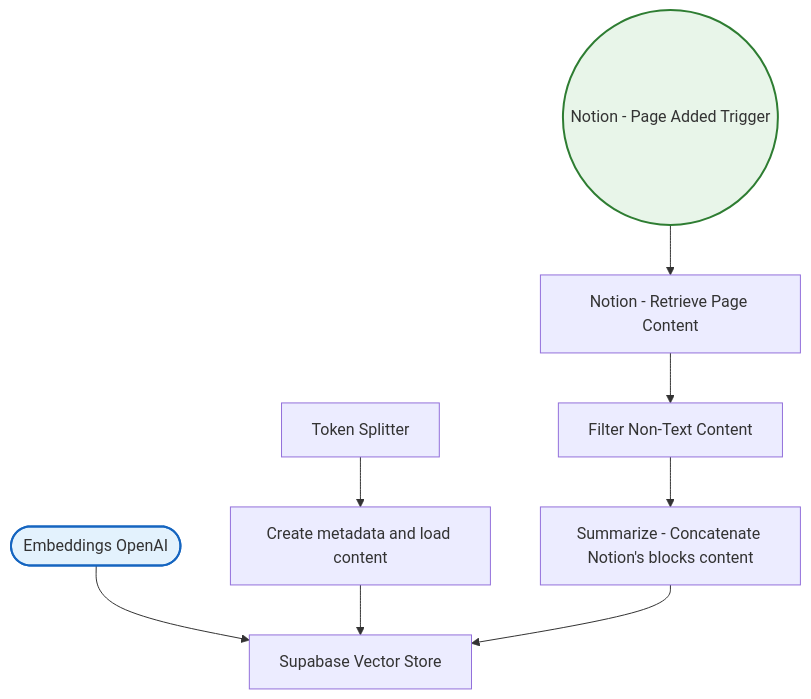
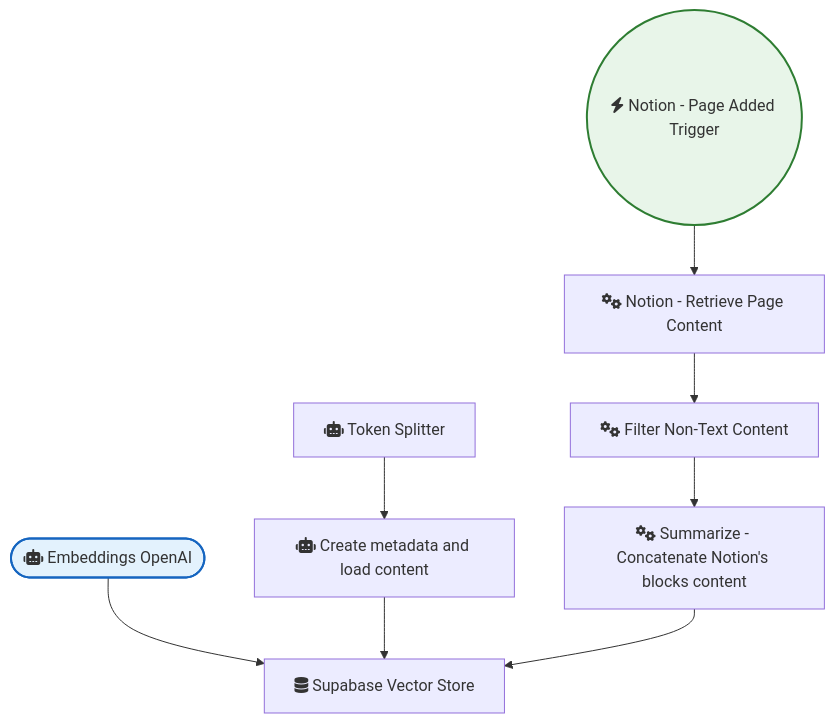
Before and after one commit to sreyash3105/N8N-DEMO-AUTOMATIONS: the diagram in Notion/Store Notion S Pages As Vector Documents Into Supabase with Openai.md, drawn with Mermaid. The commit also changed 291 other files, not shown here.

````diff
--- a/Notion/Store Notion S Pages As Vector Documents Into Supabase with Openai.md
+++ b/Notion/Store Notion S Pages As Vector Documents Into Supabase with Openai.md
@@ -1,23 +1,23 @@
 ```mermaid
 graph TD
     classDef trigger fill:#e8f5e9,stroke:#2e7d32,stroke-width:2px;
     classDef ai fill:#e3f2fd,stroke:#1565c0,stroke-width:2px;
     classDef logic fill:#fff3e0,stroke:#ef6c00,stroke-width:2px;
 
-    Embeddings_OpenAI(["Embeddings OpenAI"]):::ai
-    Token_Splitter["Token Splitter"]
-    Notion___Page_Added_Trigger(("Notion - Page Added Trigger")):::trigger
-    Notion___Retrieve_Page_Content["Notion - Retrieve Page Content"]
-    Filter_Non_Text_Content["Filter Non-Text Content"]
-    Summarize___Concatenate_Notion_s_blocks_content["Summarize - Concatenate Notion's blocks content"]
-    Create_metadata_and_load_content["Create metadata and load content"]
-    Supabase_Vector_Store["Supabase Vector Store"]
+    Embeddings_OpenAI(["fas:fa-robot Embeddings OpenAI"]):::ai
+    Token_Splitter["fas:fa-robot Token Splitter"]
+    Notion___Page_Added_Trigger(("fas:fa-bolt Notion - Page Added Trigger")):::trigger
+    Notion___Retrieve_Page_Content["fas:fa-cogs Notion - Retrieve Page Content"]
+    Filter_Non_Text_Content["fas:fa-cogs Filter Non-Text Content"]
+    Summarize___Concatenate_Notion_s_blocks_content["fas:fa-cogs Summarize - Concatenate Notion's blocks content"]
+    Create_metadata_and_load_content["fas:fa-robot Create metadata and load content"]
+    Supabase_Vector_Store["fas:fa-database Supabase Vector Store"]
 
     Token_Splitter --> Create_metadata_and_load_content
     Embeddings_OpenAI --> Supabase_Vector_Store
     Filter_Non_Text_Content --> Summarize___Concatenate_Notion_s_blocks_content
     Notion___Page_Added_Trigger --> Notion___Retrieve_Page_Content
     Notion___Retrieve_Page_Content --> Filter_Non_Text_Content
     Create_metadata_and_load_content --> Supabase_Vector_Store
     Summarize___Concatenate_Notion_s_blocks_content --> Supabase_Vector_Store
 ```
````
